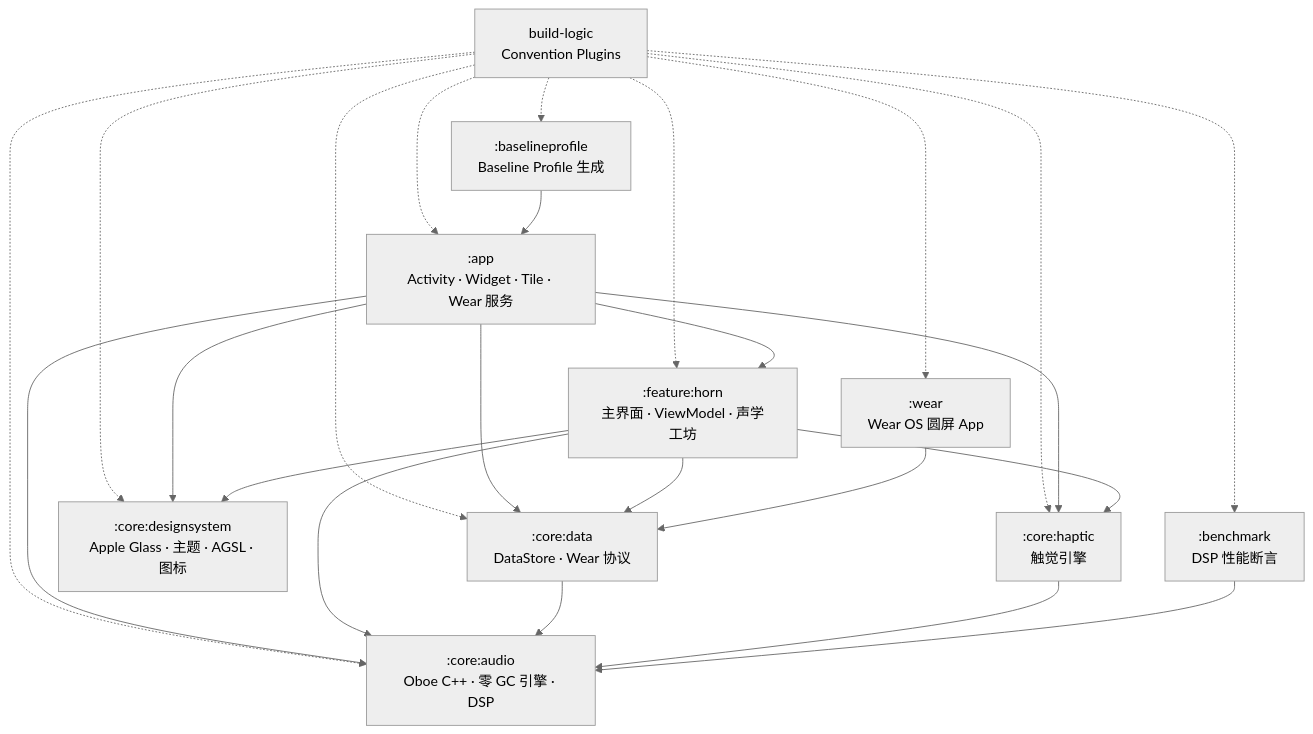
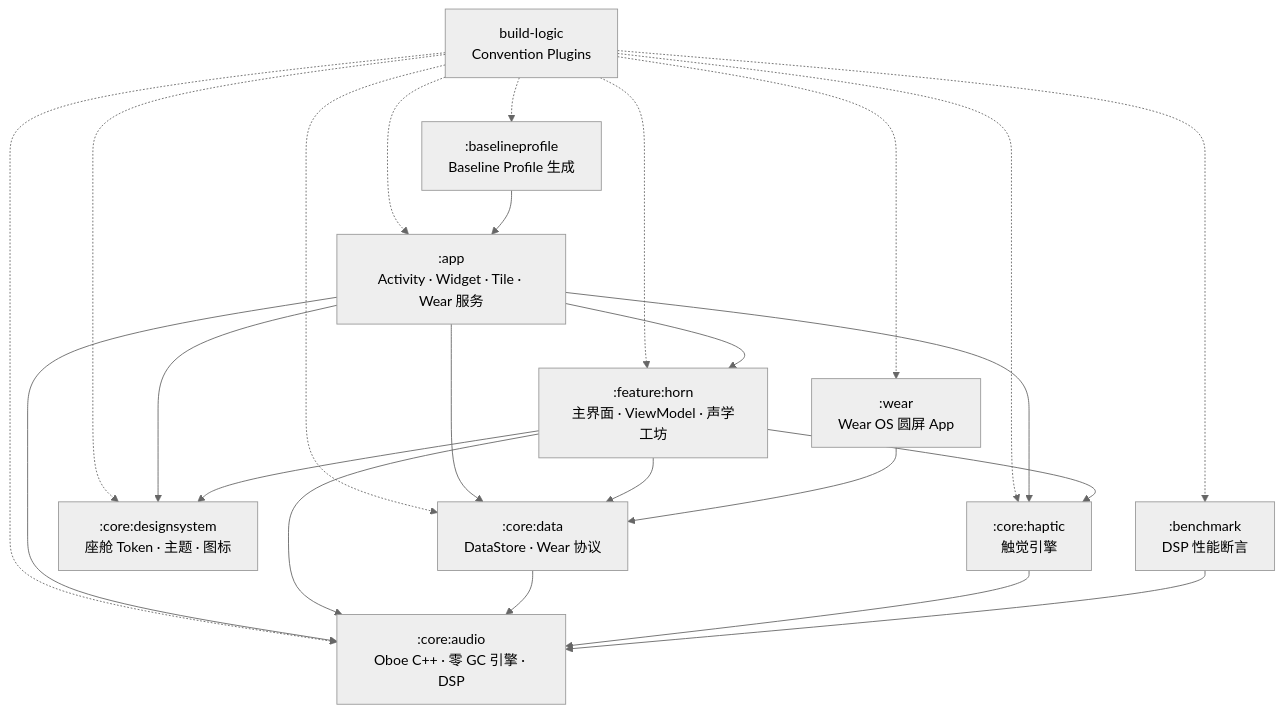
Before and after one commit to 424635328/Horn: the first of 2 diagrams in README.md, drawn with Mermaid (neutral theme). The commit also changed other lines of this file and 15 other files, not shown here.

````diff
--- a/README.md
+++ b/README.md
@@ -94,22 +95,22 @@
 ```mermaid
 graph TD
     BL["build-logic<br/>Convention Plugins"]
     APP[":app<br/>Activity · Widget · Tile · Wear 服务"]
     WEAR[":wear<br/>Wear OS 圆屏 App"]
     FH[":feature:horn<br/>主界面 · ViewModel · 声学工坊"]
     CA[":core:audio<br/>Oboe C++ · 零 GC 引擎 · DSP"]
     CD[":core:data<br/>DataStore · Wear 协议"]
     CH[":core:haptic<br/>触觉引擎"]
-    DS[":core:designsystem<br/>Apple Glass · 主题 · AGSL · 图标"]
+    DS[":core:designsystem<br/>座舱 Token · 主题 · 图标"]
     BM[":benchmark<br/>DSP 性能断言"]
     BP[":baselineprofile<br/>Baseline Profile 生成"]
 
     BL -.-> APP & WEAR & FH & CA & CD & CH & DS & BM & BP
     APP --> FH & CA & CD & CH & DS
     FH --> CA & CD & CH & DS
     CD --> CA
     CH --> CA
     WEAR --> CD
     BM --> CA
     BP --> APP
 ```
````
